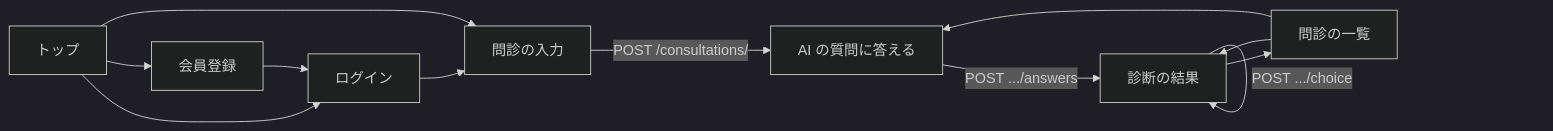
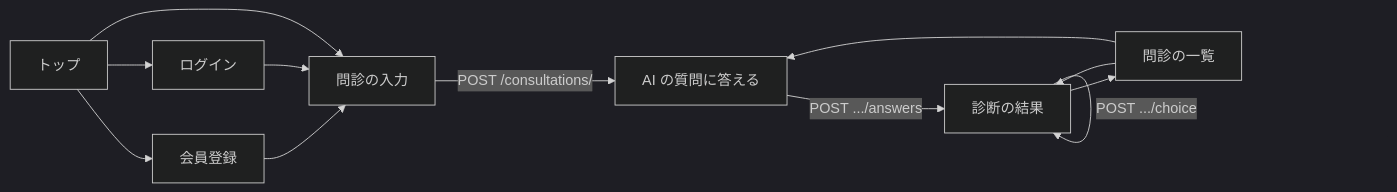
One commit to AI-keiriman/monshin-app changed the diagram in docs/design/screens.md. Above: the diagram before and after it, drawn with Mermaid (dark theme). The commit also changed other lines of this file and 11 other files, not shown here.

````diff
--- a/docs/design/screens.md
+++ b/docs/design/screens.md
@@ -32,14 +32,14 @@
 ```mermaid
 flowchart LR
     top[トップ] --> login[ログイン]
     top --> register[会員登録]
-    register --> login
+    register --> new
     login --> new[問診の入力]
     top --> new
     new -->|POST /consultations/| q[AI の質問に答える]
     q -->|POST .../answers| result[診断の結果]
     result -->|POST .../choice| result
     list[問診の一覧] --> result
     list --> q
     result --> list
 ```
````
